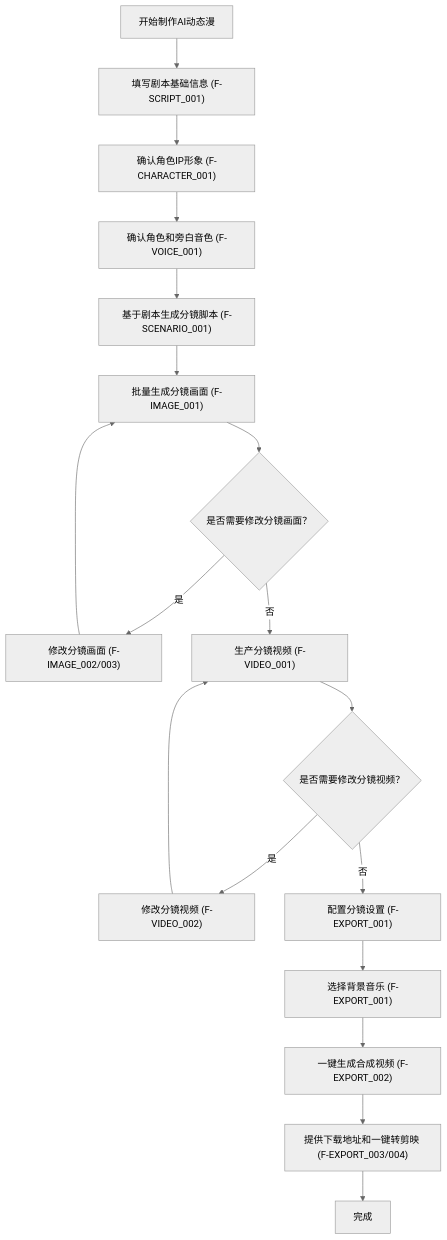
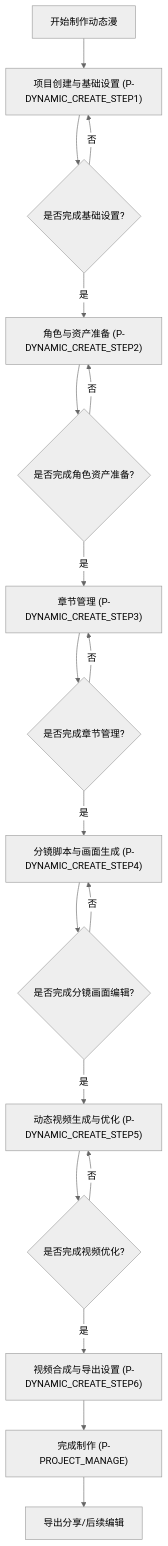
One commit to shikanon/AFADC changed the third of 4 diagrams in prd.md. Above: the diagram before and after it, drawn with Mermaid (neutral theme). The commit also changed other lines of this file and 43 other files, not shown here.

````diff
--- a/prd.md
+++ b/prd.md
@@ -246,20 +207,21 @@
 ```mermaid
 graph TD
-    A["开始制作AI动态漫"] --> B["填写剧本基础信息 (F-SCRIPT_001)"]
-    B --> C["确认角色IP形象 (F-CHARACTER_001)"]
-    C --> D["确认角色和旁白音色 (F-VOICE_001)"]
-    D --> E["基于剧本生成分镜脚本 (F-SCENARIO_001)"]
-    E --> F["批量生成分镜画面 (F-IMAGE_001)"]
-    F --> G{"是否需要修改分镜画面？"}
-    G -- "是" --> H["修改分镜画面 (F-IMAGE_002/003)"]
-    H --> F
-    G -- "否" --> I["生产分镜视频 (F-VIDEO_001)"]
-    I --> J{"是否需要修改分镜视频？"}
-    J -- "是" --> K["修改分镜视频 (F-VIDEO_002)"]
-    K --> I
-    J -- "否" --> L["配置分镜设置 (F-EXPORT_001)"]
-    L --> M["选择背景音乐 (F-EXPORT_001)"]
-    M --> N["一键生成合成视频 (F-EXPORT_002)"]
-    N --> O["提供下载地址和一键转剪映 (F-EXPORT_003/004)"]
-    O --> P["完成"]
+    A["开始制作动态漫"] --> B["项目创建与基础设置 (P-DYNAMIC_CREATE_STEP1)"]
+    B --> C{"是否完成基础设置?"}
+    C -- 是 --> D["角色与资产准备 (P-DYNAMIC_CREATE_STEP2)"]
+    C -- 否 --> B
+    D --> E{"是否完成角色资产准备?"}
+    E -- 是 --> F["章节管理 (P-DYNAMIC_CREATE_STEP3)"]
+    E -- 否 --> D
+    F --> G{"是否完成章节管理?"}
+    G -- 是 --> H["分镜脚本与画面生成 (P-DYNAMIC_CREATE_STEP4)"]
+    G -- 否 --> F
+    H --> I{"是否完成分镜画面编辑?"}
+    I -- 是 --> J["动态视频生成与优化 (P-DYNAMIC_CREATE_STEP5)"]
+    I -- 否 --> H
+    J --> K{"是否完成视频优化?"}
+    K -- 是 --> L["视频合成与导出设置 (P-DYNAMIC_CREATE_STEP6)"]
+    K -- 否 --> J
+    L --> M["完成制作 (P-PROJECT_MANAGE)"]
+    M --> N["导出分享/后续编辑"]
 ```
````
